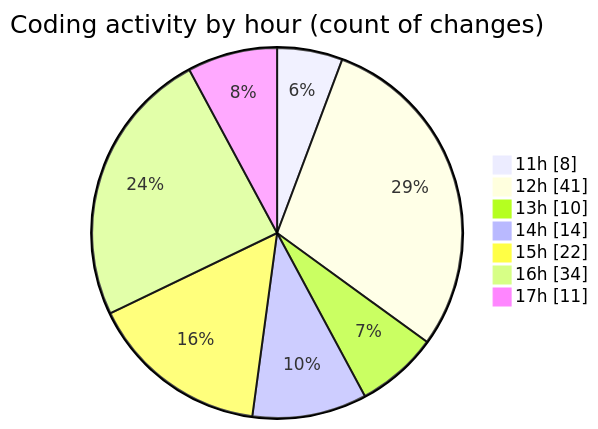
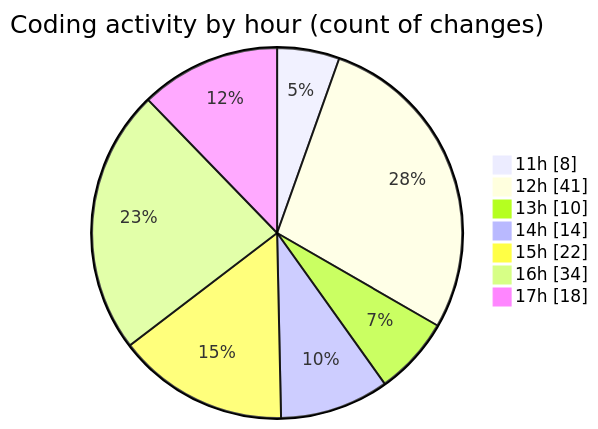
Before and after one commit to BS-eng2023/code-tracking: the second of 2 diagrams in 2025-05-04/project/README.md, drawn with Mermaid. The commit also changed other lines of this file and 1 other file, not shown here.

````diff
--- a/2025-05-04/project/README.md
+++ b/2025-05-04/project/README.md
@@ -53,11 +54,11 @@
 ```mermaid
 pie showData
 title Coding activity by hour (count of changes)
 "11h" : 8
 "12h" : 41
 "13h" : 10
 "14h" : 14
 "15h" : 22
 "16h" : 34
-"17h" : 11
+"17h" : 18
 ```
````
